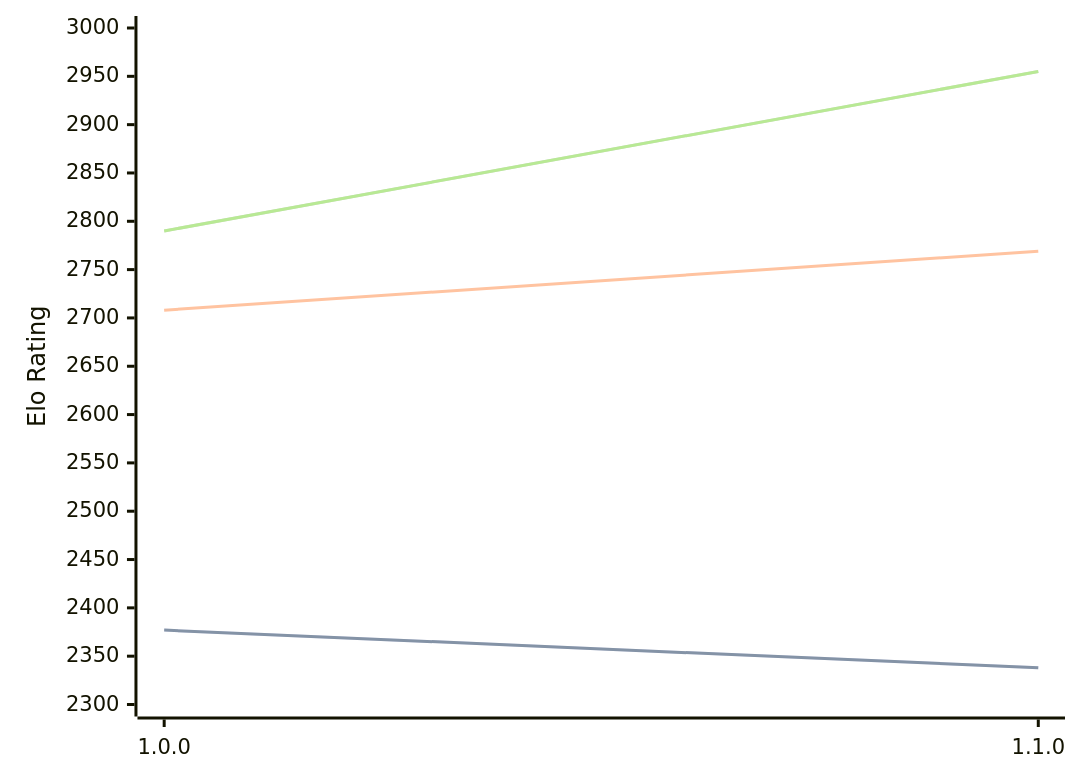
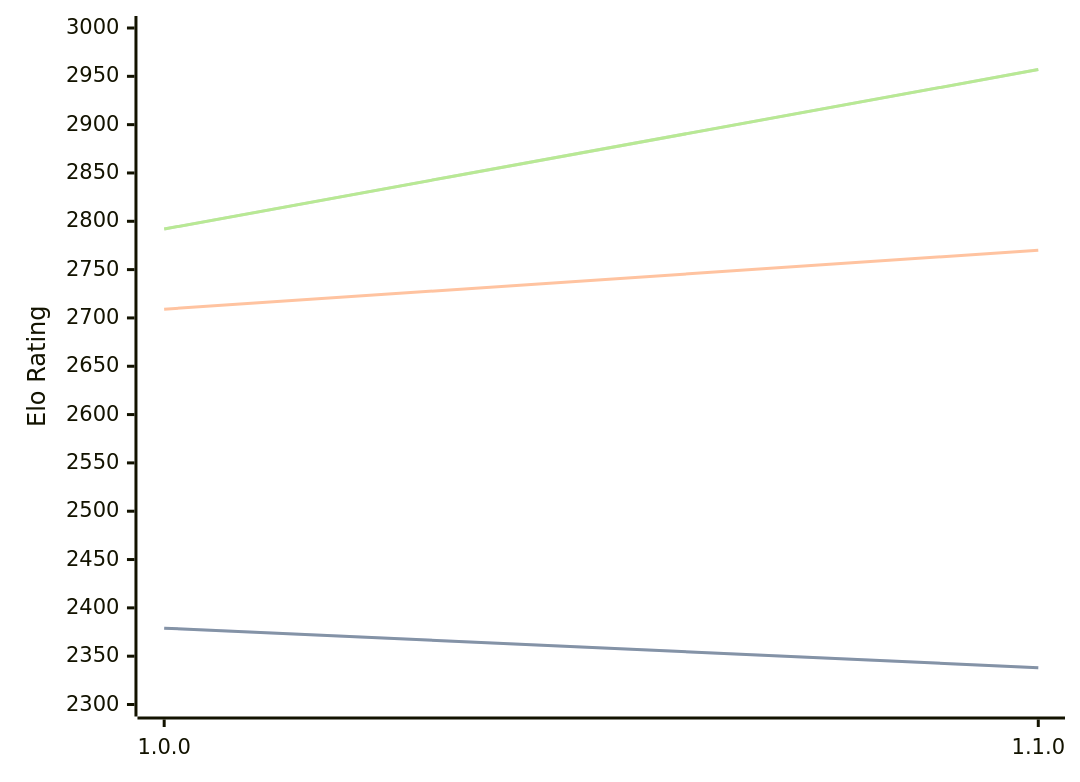
The diagram in engines/ShallowGuess.md (computer-chess-index/cci), drawn with Mermaid before and after one commit. The commit also changed other lines of this file, not shown here.

Commit message:
Update CCI Ratings (ELO VLTC) - 2026-05-06

````diff
--- a/engines/ShallowGuess.md
+++ b/engines/ShallowGuess.md
@@ -36,11 +36,11 @@
 ```mermaid
 %%{init: {"theme":"base","themeVariables":{"seriesColors:['#a3a3a3','#222221','#faa371']}}}%%
 xychart-beta
   x-axis ["1.0.0", "1.1.0"]
   y-axis "Elo Rating" 2300 --> 3000
-  line "STC (8.0+0.08s)" [2377, 2338]
-  line "STC (8.0+0.08s)" [2377, 2338]
-  line "LTC (60.0+0.60s)" [2708, 2769]
-  line "VLTC (2m24s+1.12s)" [2790, 2955]
-  line "VLTC (2m24s+1.12s)" [2790, 2955]
+  line "STC (8.0+0.08s)" [2379, 2338]
+  line "STC (8.0+0.08s)" [2379, 2338]
+  line "LTC (60.0+0.60s)" [2709, 2770]
+  line "VLTC (2m24s+1.12s)" [2792, 2957]
+  line "VLTC (2m24s+1.12s)" [2792, 2957]
 ```
````
